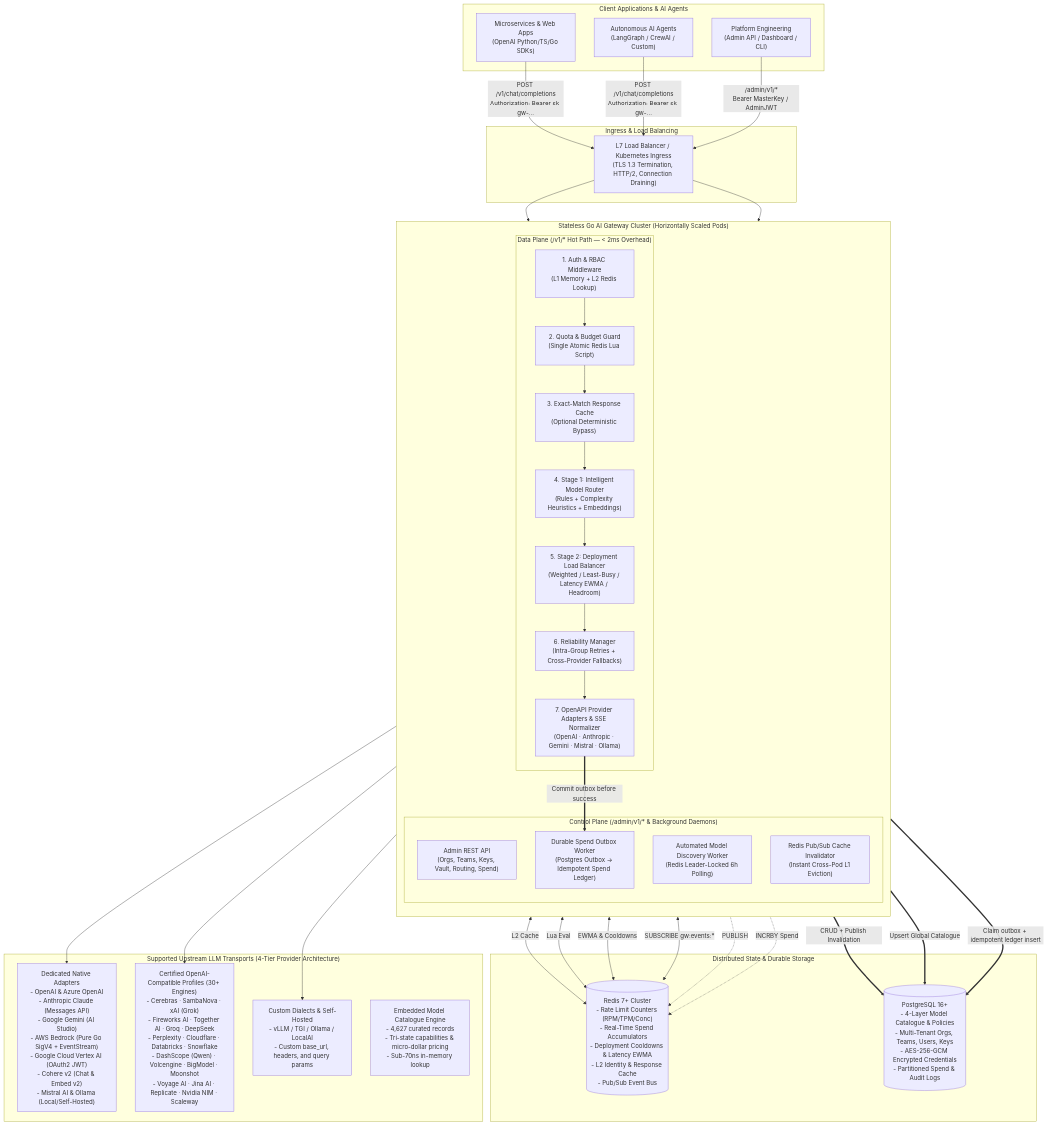
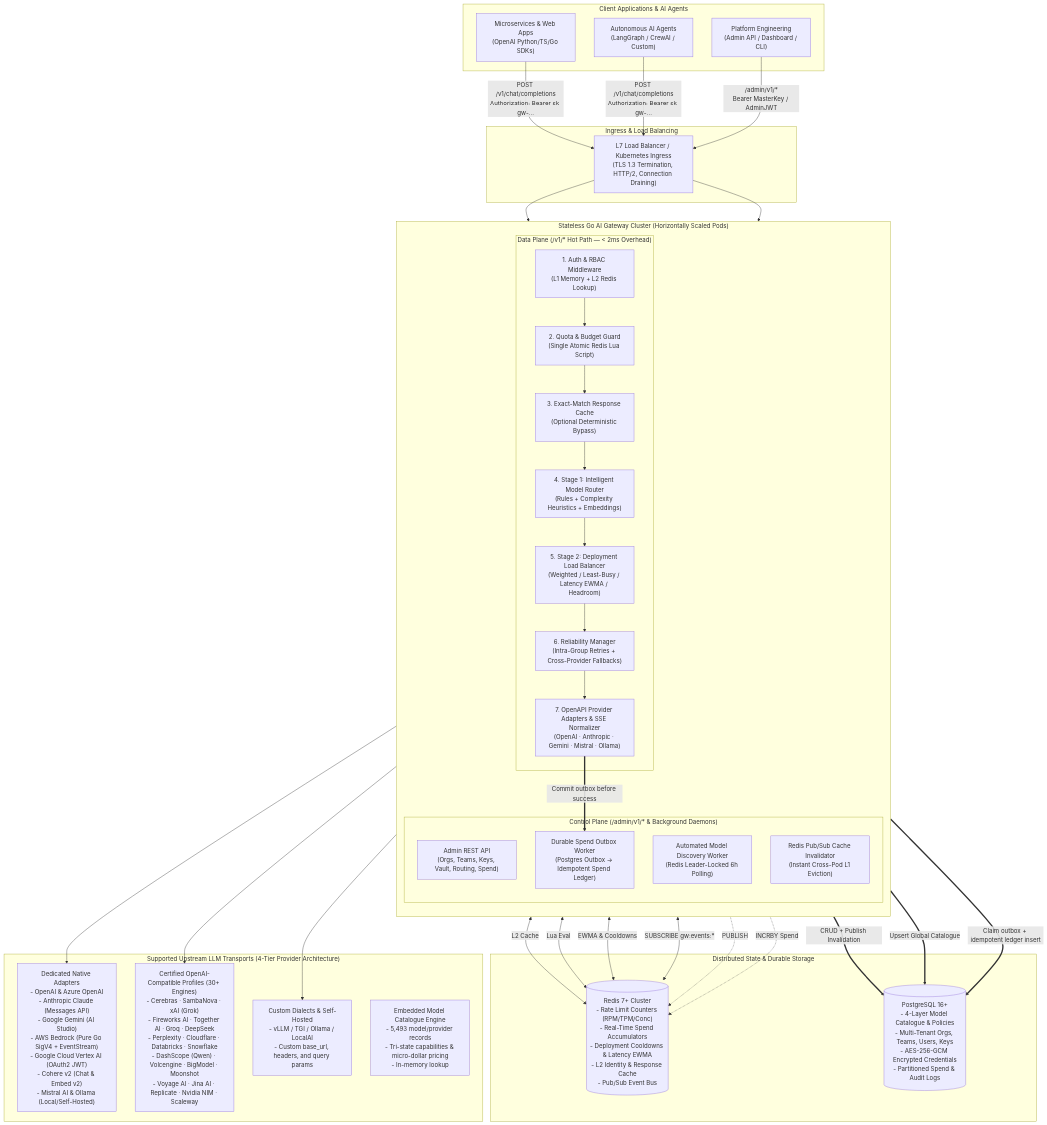
Before and after one commit to goroute-ai/ai-gateway-go: the first of 6 diagrams in docs/ARCHITECTURE.md, drawn with Mermaid. The commit also changed other lines of this file and 9 other files, not shown here.

Commit message:
chore: refresh Upstream model catalog

````diff
--- a/docs/ARCHITECTURE.md
+++ b/docs/ARCHITECTURE.md
@@ -109,64 +109,64 @@
 ```mermaid
 flowchart TB
     subgraph Clients["Client Applications & AI Agents"]
         App1["Microservices & Web Apps\n(OpenAI Python/TS/Go SDKs)"]
         App2["Autonomous AI Agents\n(LangGraph / CrewAI / Custom)"]
         Admin["Platform Engineering\n(Admin API / Dashboard / CLI)"]
     end
 
     subgraph Edge["Ingress & Load Balancing"]
         LB["L7 Load Balancer / Kubernetes Ingress\n(TLS 1.3 Termination, HTTP/2, Connection Draining)"]
     end
 
     subgraph Cluster["Stateless Go AI Gateway Cluster (Horizontally Scaled Pods)"]
         direction TB
         subgraph DataPlane["Data Plane (/v1/* Hot Path — < 2ms Overhead)"]
             AuthMW["1. Auth & RBAC Middleware\n(L1 Memory + L2 Redis Lookup)"]
             RateLimitMW["2. Quota & Budget Guard\n(Single Atomic Redis Lua Script)"]
             RespCache["3. Exact-Match Response Cache\n(Optional Deterministic Bypass)"]
             Stage1Router["4. Stage 1: Intelligent Model Router\n(Rules + Complexity Heuristics + Embeddings)"]
             Stage2LB["5. Stage 2: Deployment Load Balancer\n(Weighted / Least-Busy / Latency EWMA / Headroom)"]
             Reliability["6. Reliability Manager\n(Intra-Group Retries + Cross-Provider Fallbacks)"]
             AdapterLayer["7. OpenAPI Provider Adapters & SSE Normalizer\n(OpenAI · Anthropic · Gemini · Mistral · Ollama)"]
         end
 
         subgraph ControlPlane["Control Plane (/admin/v1/* & Background Daemons)"]
             AdminAPI["Admin REST API\n(Orgs, Teams, Keys, Vault, Routing, Spend)"]
             DiscoveryWorker["Automated Model Discovery Worker\n(Redis Leader-Locked 6h Polling)"]
             SpendWorker["Durable Spend Outbox Worker\n(Postgres Outbox -> Idempotent Spend Ledger)"]
             PubSubInvalidator["Redis Pub/Sub Cache Invalidator\n(Instant Cross-Pod L1 Eviction)"]
         end
     end
 
     subgraph BackingStores["Distributed State & Durable Storage"]
         Redis[("Redis 7+ Cluster\n- Rate Limit Counters (RPM/TPM/Conc)\n- Real-Time Spend Accumulators\n- Deployment Cooldowns & Latency EWMA\n- L2 Identity & Response Cache\n- Pub/Sub Event Bus")]
         Postgres[("PostgreSQL 16+\n- 4-Layer Model Catalogue & Policies\n- Multi-Tenant Orgs, Teams, Users, Keys\n- AES-256-GCM Encrypted Credentials\n- Partitioned Spend & Audit Logs")]
     end
 
     subgraph Upstreams["Supported Upstream LLM Transports (4-Tier Provider Architecture)"]
         Native["Dedicated Native Adapters\n- OpenAI & Azure OpenAI\n- Anthropic Claude (Messages API)\n- Google Gemini (AI Studio)\n- AWS Bedrock (Pure Go SigV4 + EventStream)\n- Google Cloud Vertex AI (OAuth2 JWT)\n- Cohere v2 (Chat & Embed v2)\n- Mistral AI & Ollama (Local/Self-Hosted)"]
         CompatProfiles["Certified OpenAI-Compatible Profiles (30+ Engines)\n- Cerebras · SambaNova · xAI (Grok)\n- Fireworks AI · Together AI · Groq · DeepSeek\n- Perplexity · Cloudflare · Databricks · Snowflake\n- DashScope (Qwen) · Volcengine · BigModel · Moonshot\n- Voyage AI · Jina AI · Replicate · Nvidia NIM · Scaleway"]
         CustomDialect["Custom Dialects & Self-Hosted\n- vLLM / TGI / Ollama / LocalAI\n- Custom base_url, headers, and query params"]
-        CatalogEngine["Embedded Model Catalogue Engine\n- 4,627 curated records\n- Tri-state capabilities & micro-dollar pricing\n- Sub-70ns in-memory lookup"]
+        CatalogEngine["Embedded Model Catalogue Engine\n- 5,493 model/provider records\n- Tri-state capabilities & micro-dollar pricing\n- In-memory lookup"]
     end
 
     App1 & App2 -->|"POST /v1/chat/completions\nAuthorization: Bearer sk-gw-..."| LB
     Admin -->|" /admin/v1/*\nBearer MasterKey / AdminJWT"| LB
     LB --> AuthMW
     LB --> AdminAPI
 
     AuthMW --> RateLimitMW --> RespCache --> Stage1Router --> Stage2LB --> Reliability --> AdapterLayer
     AdapterLayer ==>|"Commit outbox before success"| SpendWorker
 
     AuthMW <-->|"L2 Cache"| Redis
     RateLimitMW <-->|"Lua Eval"| Redis
     Stage2LB <-->|"EWMA & Cooldowns"| Redis
     PubSubInvalidator <-->|"SUBSCRIBE gw:events:*"| Redis
     AdminAPI ==>|"CRUD + Publish Invalidation"| Postgres
     AdminAPI -.->|"PUBLISH"| Redis
     DiscoveryWorker ==>|"Upsert Global Catalogue"| Postgres
     SpendWorker ==>|"Claim outbox + idempotent ledger insert"| Postgres
     SpendWorker -.->|"INCRBY Spend"| Redis
 
     AdapterLayer --> Native & CompatProfiles & CustomDialect
 ```
````
